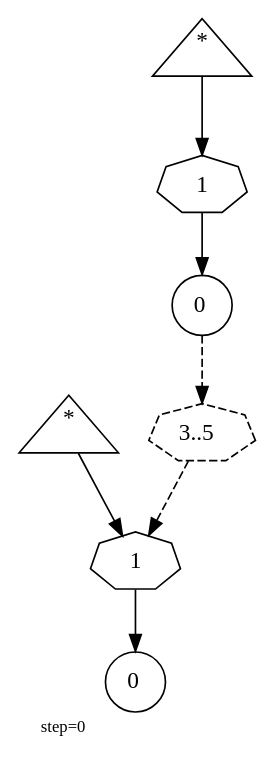
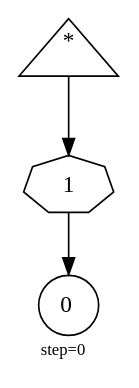
Before and after one commit to abarbu/machinations: the diagram in ours/101-connections/0050.dot, drawn with Graphviz. The commit also changed 200 other files, not shown here.

```diff
--- a/ours/101-connections/0050.dot
+++ b/ours/101-connections/0050.dot
@@ -1,16 +1,8 @@
 digraph {
   graph  [labelloc=bottom,labeljust=left,fontsize="10",label="step=0"];
-  "22239" [shape=triangle,peripheries="1",label=<<SUP>*</SUP>>,labelfontcolor=black,color=black];
-  "22240" [shape=triangle,peripheries="1",label=<<SUP>*</SUP>>,labelfontcolor=black,color=black];
-  "22241" [shape=circle,peripheries="1",label=<0>,labelfontcolor=black,color=black];
-  "22243" [shape=circle,peripheries="1",label=<0>,labelfontcolor=black,color=black];
-  "22242" [label=<1>,peripheries="1",color=black,shape=septagon];
-  "22240" -> "22242" [color=black];
-  "22242" -> "22241" [color=black];
-  "22244" [label=<1>,peripheries="1",color=black,shape=septagon];
-  "22239" -> "22244" [color=black];
-  "22244" -> "22243" [color=black];
-  "22245" [label=<3..5>,peripheries="1",color=black,style=dashed,shape=septagon];
-  "22241" -> "22245" [style=dashed,color=black];
-  "22245" -> "22244" [style=dashed,color=black];
+  "415" [shape=circle,peripheries="1",label=<0>,labelfontcolor=black,color=black];
+  "416" [shape=triangle,peripheries="1",label=<<SUP>*</SUP>>,labelfontcolor=black,color=black];
+  "417" [label=<1>,peripheries="1",color=black,shape=septagon];
+  "416" -> "417" [color=black];
+  "417" -> "415" [color=black];
 }
```
